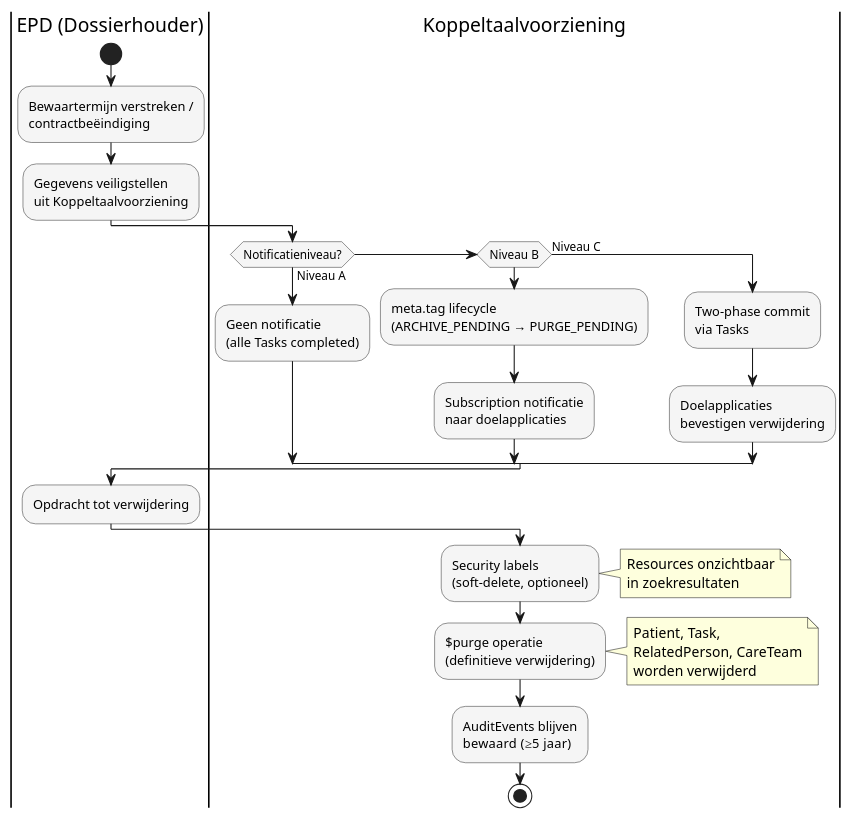
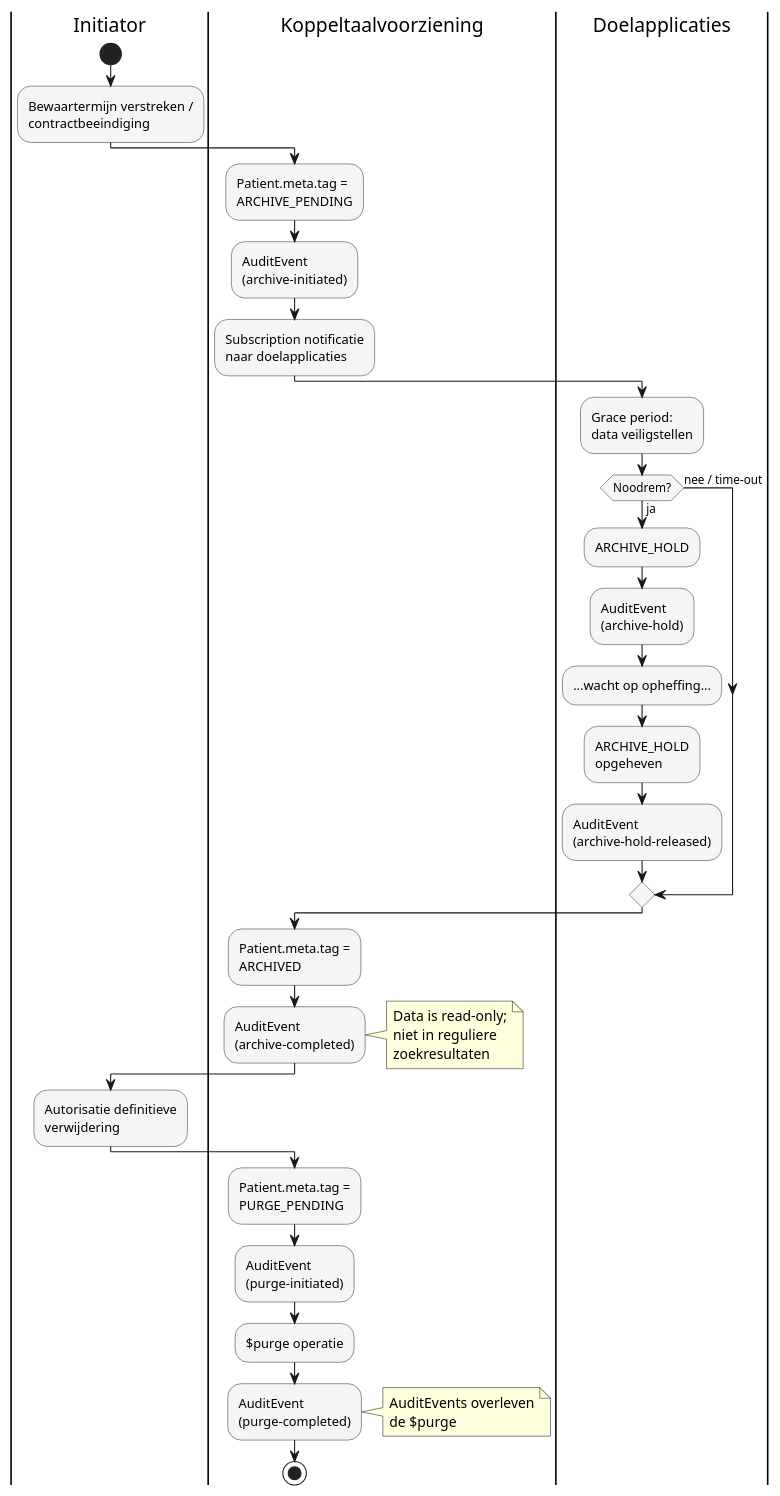
One commit to vzvznl/Koppeltaal-2.0-FHIR changed the diagram in input/images-source/archivering-overzicht.plantuml. Above: the diagram before and after it, drawn with PlantUML.

Commit message:
docs: overzichtsdiagram bijgewerkt naar meta.tag lifecycle flow
Oude drie-niveau keuze vervangen door de uitgewerkte flow met
tags, AuditEvents, noodrem en initiator/doelapplicatie swimlanes.

```diff
--- a/input/images-source/archivering-overzicht.plantuml
+++ b/input/images-source/archivering-overzicht.plantuml
@@ -1,47 +1,54 @@
 @startuml archivering-overzicht
 
 skinparam activity {
   BackgroundColor #f5f5f5
   BorderColor #333333
 }
 
-|EPD (Dossierhouder)|
+|Initiator|
 start
-:Bewaartermijn verstreken /\ncontractbeëindiging;
-
-|EPD (Dossierhouder)|
-:Gegevens veiligstellen\nuit Koppeltaalvoorziening;
+:Bewaartermijn verstreken /\ncontractbeeindiging;
 
 |Koppeltaalvoorziening|
-if (Notificatieniveau?) then (Niveau A)
-  :Geen notificatie\n(alle Tasks completed);
-elseif (Niveau B) then
-  :meta.tag lifecycle\n(ARCHIVE_PENDING → PURGE_PENDING);
-  :Subscription notificatie\nnaar doelapplicaties;
-else (Niveau C)
-  :Two-phase commit\nvia Tasks;
-  :Doelapplicaties\nbevestigen verwijdering;
+:Patient.meta.tag =\nARCHIVE_PENDING;
+:AuditEvent\n(archive-initiated);
+:Subscription notificatie\nnaar doelapplicaties;
+
+|Doelapplicaties|
+:Grace period:\ndata veiligstellen;
+
+if (Noodrem?) then (ja)
+  :ARCHIVE_HOLD;
+  :AuditEvent\n(archive-hold);
+  :...wacht op opheffing...;
+  :ARCHIVE_HOLD\nopgeheven;
+  :AuditEvent\n(archive-hold-released);
+else (nee / time-out)
 endif
 
-|EPD (Dossierhouder)|
-:Opdracht tot verwijdering;
+|Koppeltaalvoorziening|
+:Patient.meta.tag =\nARCHIVED;
+:AuditEvent\n(archive-completed);
+note right
+  Data is read-only;
+  niet in reguliere
+  zoekresultaten
+end note
+
+|Initiator|
+:Autorisatie definitieve\nverwijdering;
 
 |Koppeltaalvoorziening|
-:Security labels\n(soft-delete, optioneel);
+:Patient.meta.tag =\nPURGE_PENDING;
+:AuditEvent\n(purge-initiated);
+
+:$purge operatie;
+:AuditEvent\n(purge-completed);
 note right
-  Resources onzichtbaar
-  in zoekresultaten
+  AuditEvents overleven
+  de $purge
 end note
-
-:$purge operatie\n(definitieve verwijdering);
-note right
-  Patient, Task,
-  RelatedPerson, CareTeam
-  worden verwijderd
-end note
-
-:AuditEvents blijven\nbewaard (≥5 jaar);
 
 stop
 
 @enduml
```
